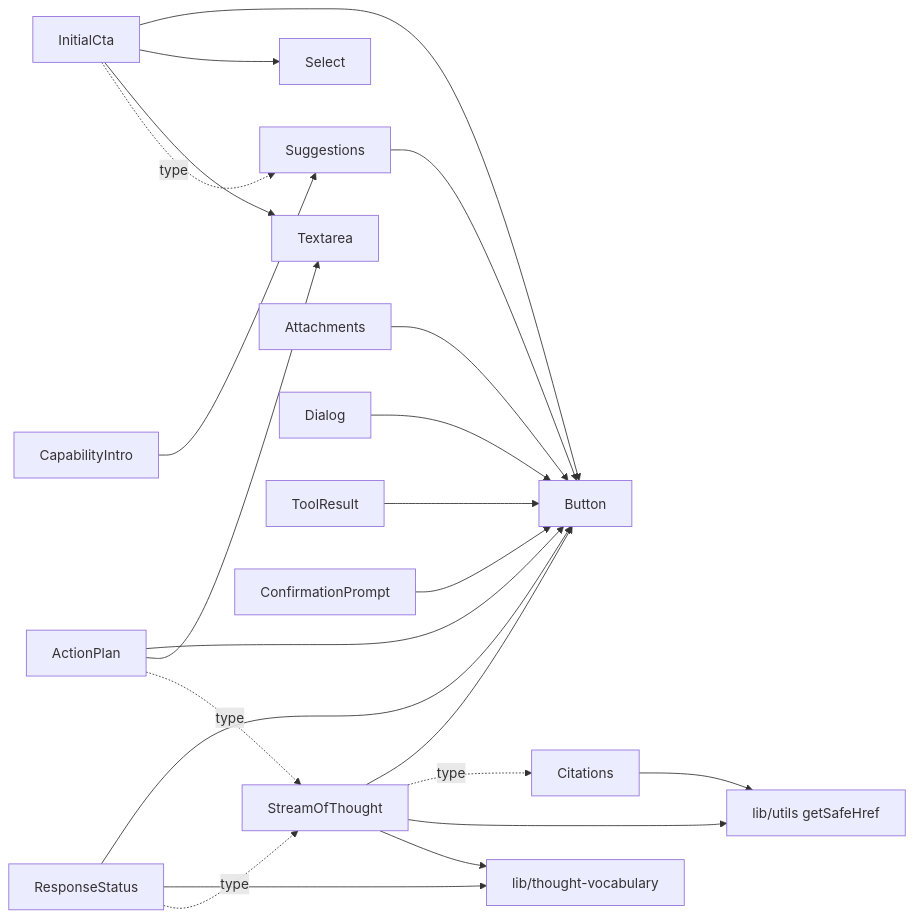
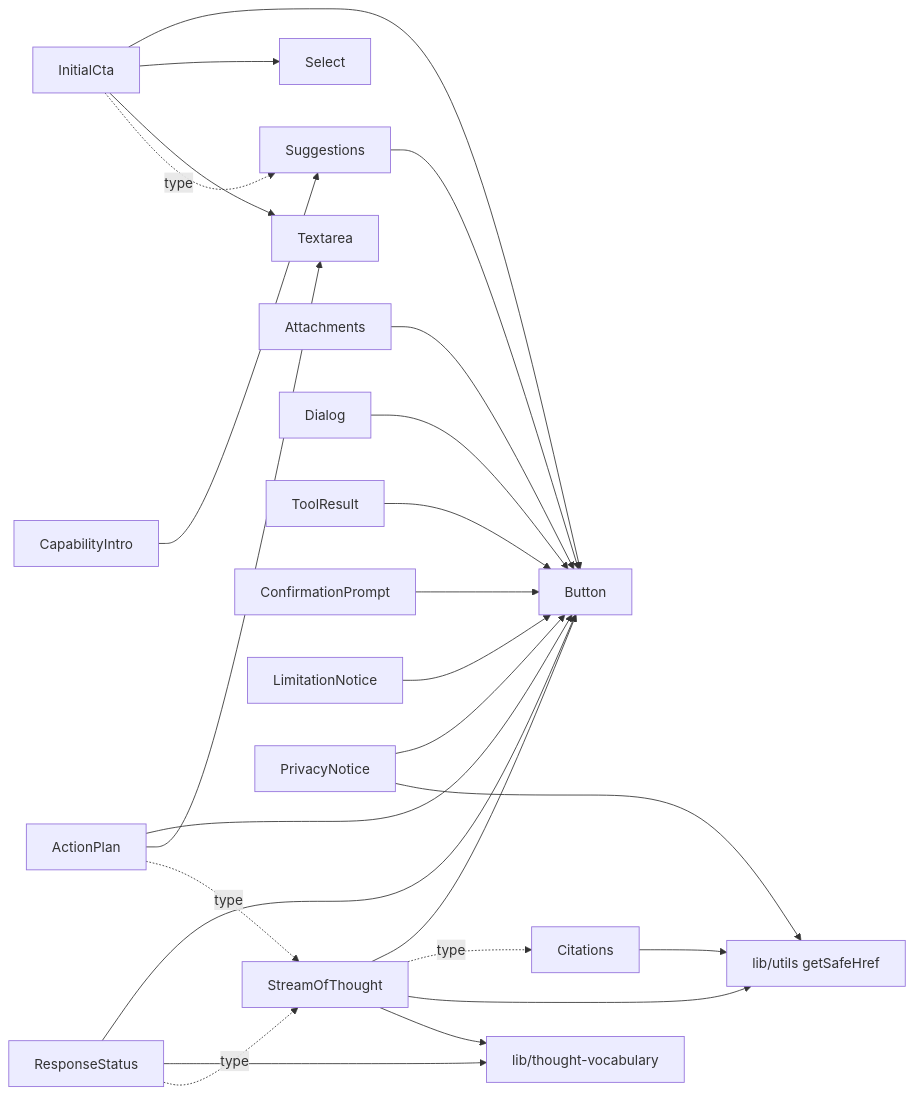
Before and after one commit to amaltapalov/conversational-ai-components: the diagram in CONTEXT.md, drawn with Mermaid. The commit also changed other lines of this file and 5 other files, not shown here.

First line of the commit message:
feat(xds): add privacy and limitation notices, wire them into chatbot example

````diff
--- a/CONTEXT.md
+++ b/CONTEXT.md
@@ -98,24 +100,27 @@
 ```mermaid
 graph LR
   CapabilityIntro --> Suggestions
   InitialCta --> Button
   InitialCta --> Select
   InitialCta --> Textarea
   InitialCta -. type .-> Suggestions
   Suggestions --> Button
   StreamOfThought --> Button
   StreamOfThought -. type .-> Citations
   Citations --> utils[lib/utils getSafeHref]
   StreamOfThought --> utils
   StreamOfThought --> vocab[lib/thought-vocabulary]
   ResponseStatus --> Button
   ResponseStatus --> vocab
   ResponseStatus -. type .-> StreamOfThought
   Attachments --> Button
   ActionPlan --> Button
   ActionPlan --> Textarea
   ActionPlan -. type .-> StreamOfThought
   Dialog --> Button
   ToolResult --> Button
   ConfirmationPrompt --> Button
+  LimitationNotice --> Button
+  PrivacyNotice --> Button
+  PrivacyNotice --> utils
 ```
````
